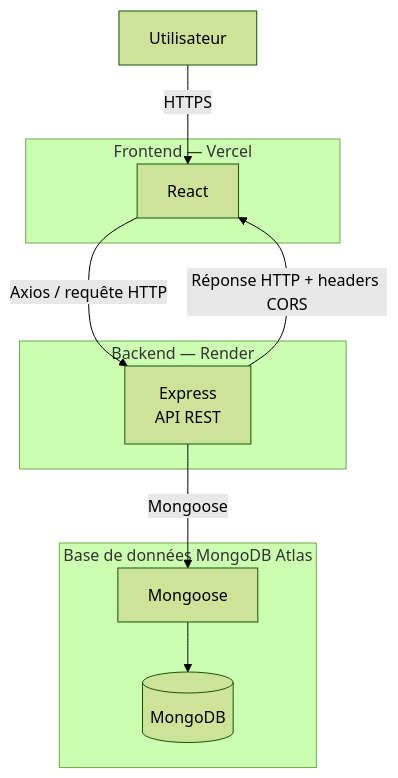
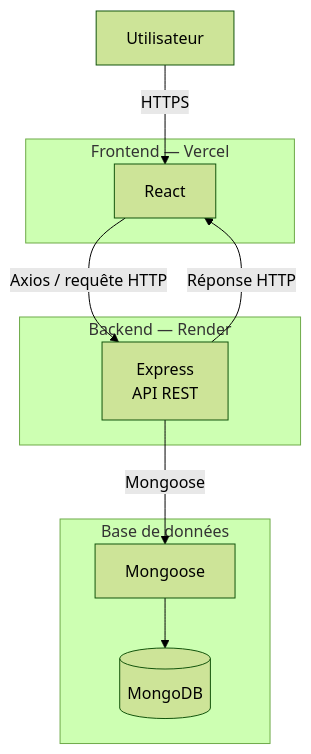
Before and after one commit to guillaume-dep/water-polo-team-manager: the diagram in README.md, drawn with Mermaid (forest theme). The commit also changed other lines of this file, not shown here.

````diff
--- a/README.md
+++ b/README.md
@@ -97,23 +85,23 @@
 ```mermaid
 flowchart TD
     U[Utilisateur]
 
     subgraph FRONT["Frontend — Vercel"]
         F[React]
     end
 
     subgraph BACK["Backend — Render"]
         A[Express<br/>API REST]
     end
 
-    subgraph DATA["Base de données MongoDB Atlas"]
+    subgraph DATA["Base de données"]
         M[Mongoose]
         DB[(MongoDB)]
     end
 
     U -->|HTTPS| F
     F -->|Axios / requête HTTP| A
-    A -->|Réponse HTTP + headers CORS| F
+    A -->|Réponse HTTP| F
     A -->|Mongoose| M
     M --> DB
 ```
````
